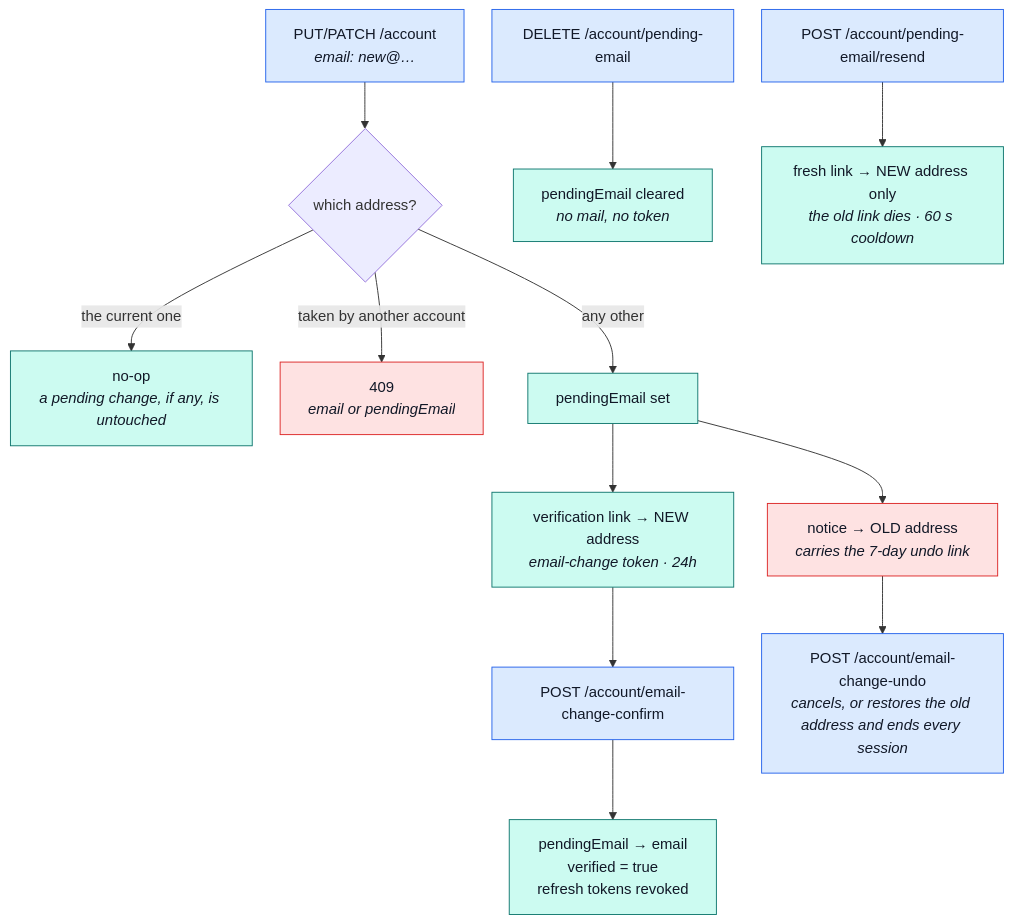
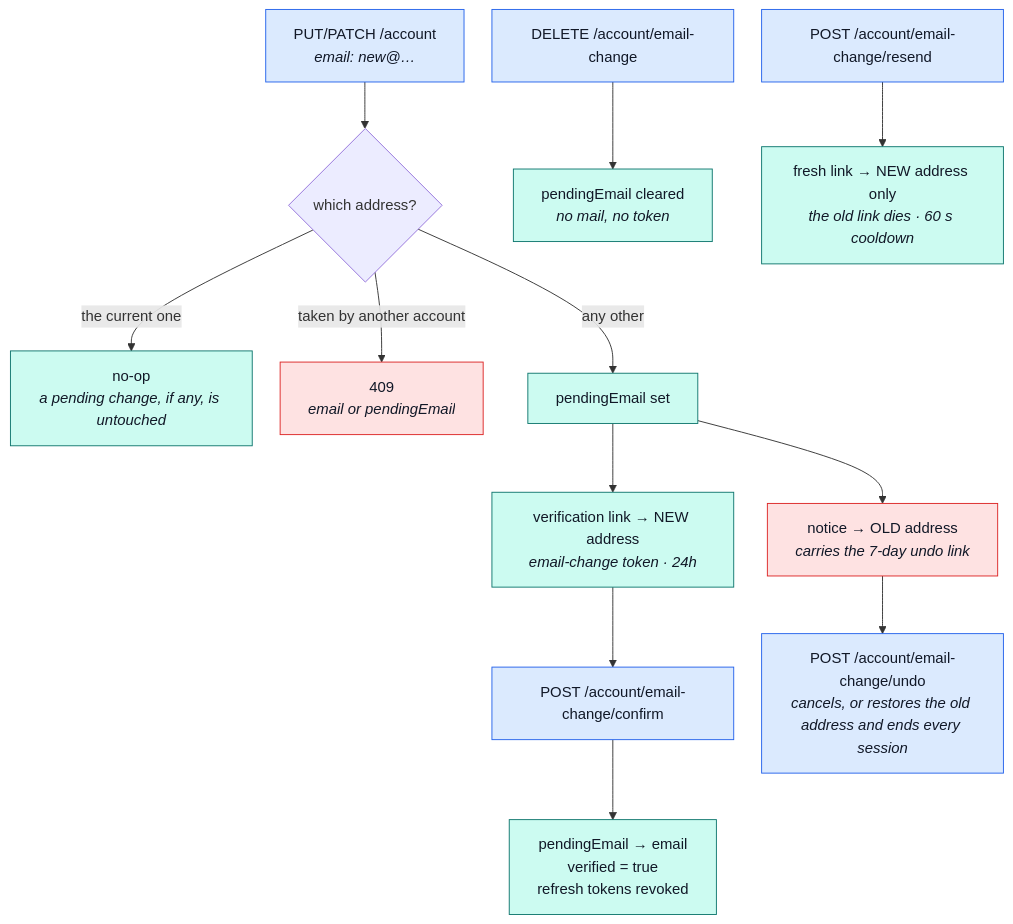
One commit to Guebbit/boilerplate-node-backend changed the third of 5 diagrams in docs/modules/account.md. Above: the diagram before and after it, drawn with Mermaid. The commit also changed other lines of this file and 48 other files, not shown here.

````diff
--- a/docs/modules/account.md
+++ b/docs/modules/account.md
@@ -144,22 +144,22 @@
 ```mermaid
 %%{init: {'flowchart': {'nodeSpacing': 30, 'rankSpacing': 50}}}%%
 flowchart TB
     P["PUT/PATCH /account<br/><i>email: new@…</i>"] --> C{"which address?"}
     C -->|"the current one"| O["no-op<br/><i>a pending change, if any, is untouched</i>"]
     C -->|"taken by another account"| R["409<br/><i>email or pendingEmail</i>"]
     C -->|"any other"| W["pendingEmail set"]
     W --> N["notice → OLD address<br/><i>carries the 7-day undo link</i>"]
     W --> V["verification link → NEW address<br/><i>email-change token · 24h</i>"]
-    V --> F["POST /account/email-change-confirm"]
+    V --> F["POST /account/email-change/confirm"]
     F --> S["pendingEmail → email<br/>verified = true<br/>refresh tokens revoked"]
-    N --> U["POST /account/email-change-undo<br/><i>cancels, or restores the old address and ends every session</i>"]
-    D["DELETE /account/pending-email"] --> X["pendingEmail cleared<br/><i>no mail, no token</i>"]
-    Q["POST /account/pending-email/resend"] --> V2["fresh link → NEW address only<br/><i>the old link dies · 60 s cooldown</i>"]
+    N --> U["POST /account/email-change/undo<br/><i>cancels, or restores the old address and ends every session</i>"]
+    D["DELETE /account/email-change"] --> X["pendingEmail cleared<br/><i>no mail, no token</i>"]
+    Q["POST /account/email-change/resend"] --> V2["fresh link → NEW address only<br/><i>the old link dies · 60 s cooldown</i>"]
 
     classDef entry fill:#dbeafe,stroke:#2563eb,color:#111827;
     classDef warn fill:#fee2e2,stroke:#dc2626,color:#111827;
     classDef done fill:#ccfbf1,stroke:#0f766e,color:#111827;
     class P,F,D,Q,U entry;
     class R,N warn;
     class O,W,V,V2,S,X done;
 ```
````
